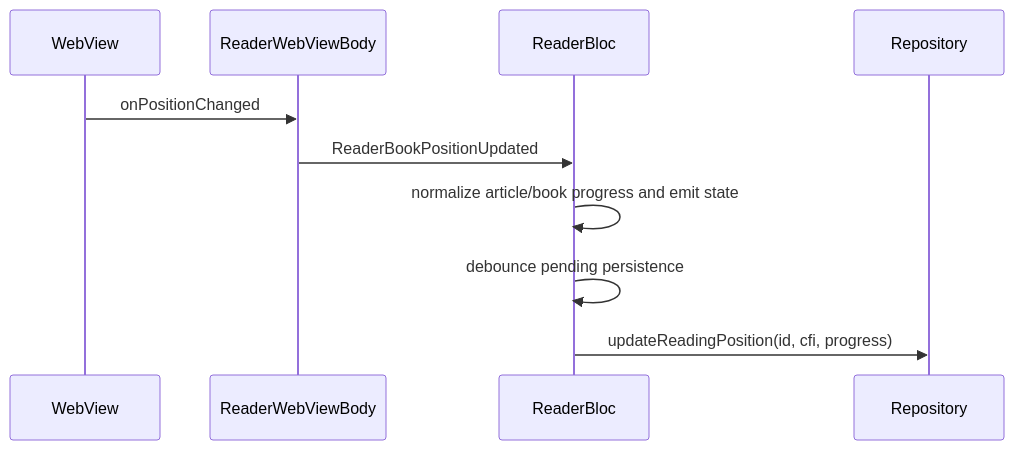
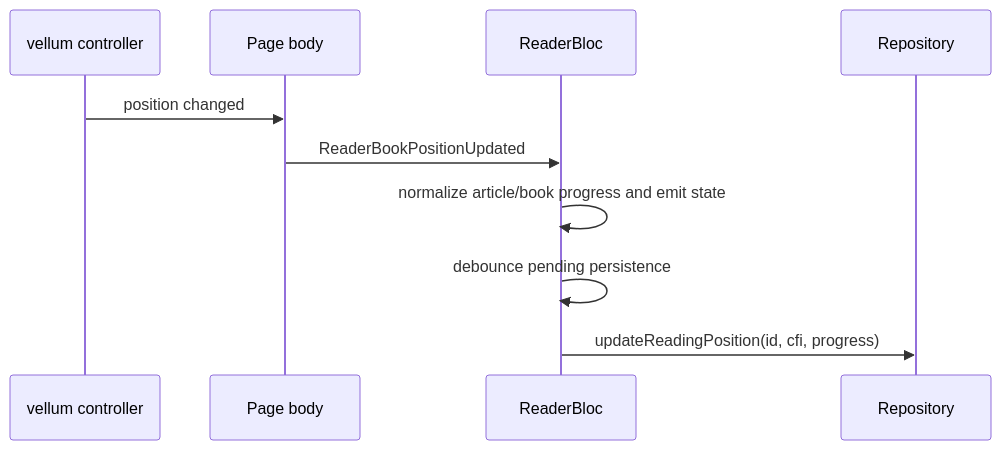
The eighth of 8 diagrams in C4_MODEL.md (abra/readflex), drawn with Mermaid before and after one commit. The commit also changed other lines of this file and 1153 other files, not shown here.

First line of the commit message:
Migrate reader to Vellum and accelerate MOBI/KF8 with Rust

````diff
--- a/C4_MODEL.md
+++ b/C4_MODEL.md
@@ -247,13 +248,13 @@
 ```mermaid
 sequenceDiagram
-  participant WebView
-  participant ReaderWebViewBody
+  participant Vellum as vellum controller
+  participant PageBody as Page body
   participant ReaderBloc
   participant Repository
 
-  WebView->>ReaderWebViewBody: onPositionChanged
-  ReaderWebViewBody->>ReaderBloc: ReaderBookPositionUpdated
+  Vellum->>PageBody: position changed
+  PageBody->>ReaderBloc: ReaderBookPositionUpdated
   ReaderBloc->>ReaderBloc: normalize article/book progress and emit state
   ReaderBloc->>ReaderBloc: debounce pending persistence
   ReaderBloc->>Repository: updateReadingPosition(id, cfi, progress)
 ```
````
